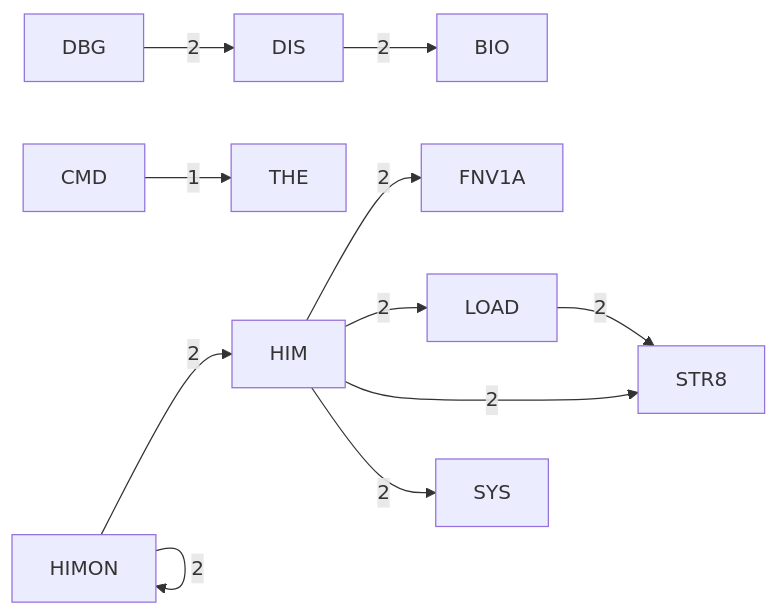
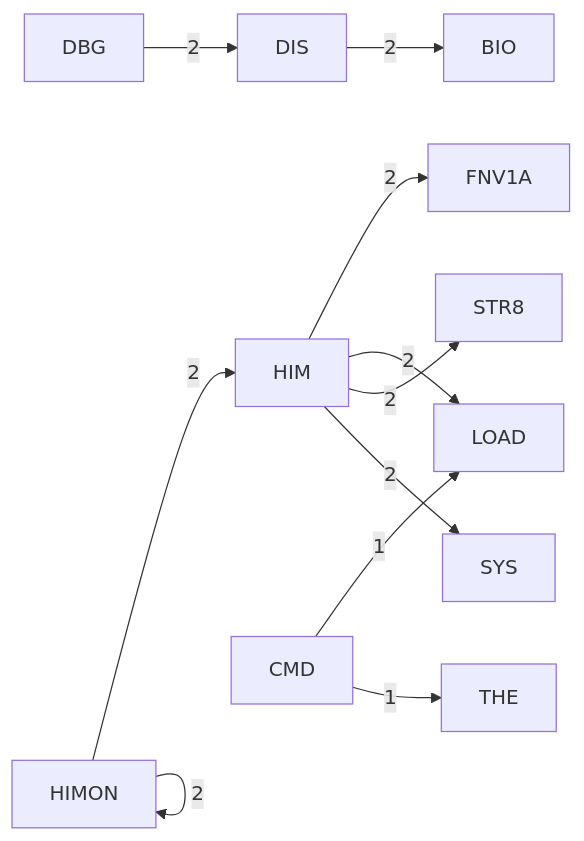
The fourth of 6 diagrams in DOC/GENERATED/HIMON_SUPPORT_MAP.md (95westus/R-YORS), drawn with Mermaid before and after one commit. The commit also changed other lines of this file and 65 other files, not shown here.

````diff
--- a/DOC/GENERATED/HIMON_SUPPORT_MAP.md
+++ b/DOC/GENERATED/HIMON_SUPPORT_MAP.md
@@ -63,13 +63,13 @@
 ```mermaid
 flowchart LR
     P_DBG[DBG] -->|2| P_DIS[DIS]
     P_DIS[DIS] -->|2| P_BIO[BIO]
     P_HIM[HIM] -->|2| P_FNV1A[FNV1A]
     P_HIM[HIM] -->|2| P_LOAD[LOAD]
     P_HIM[HIM] -->|2| P_STR8[STR8]
     P_HIM[HIM] -->|2| P_SYS[SYS]
     P_HIMON[HIMON] -->|2| P_HIM[HIM]
     P_HIMON[HIMON] -->|2| P_HIMON[HIMON]
-    P_LOAD[LOAD] -->|2| P_STR8[STR8]
+    P_CMD[CMD] -->|1| P_LOAD[LOAD]
     P_CMD[CMD] -->|1| P_THE[THE]
 ```
````
